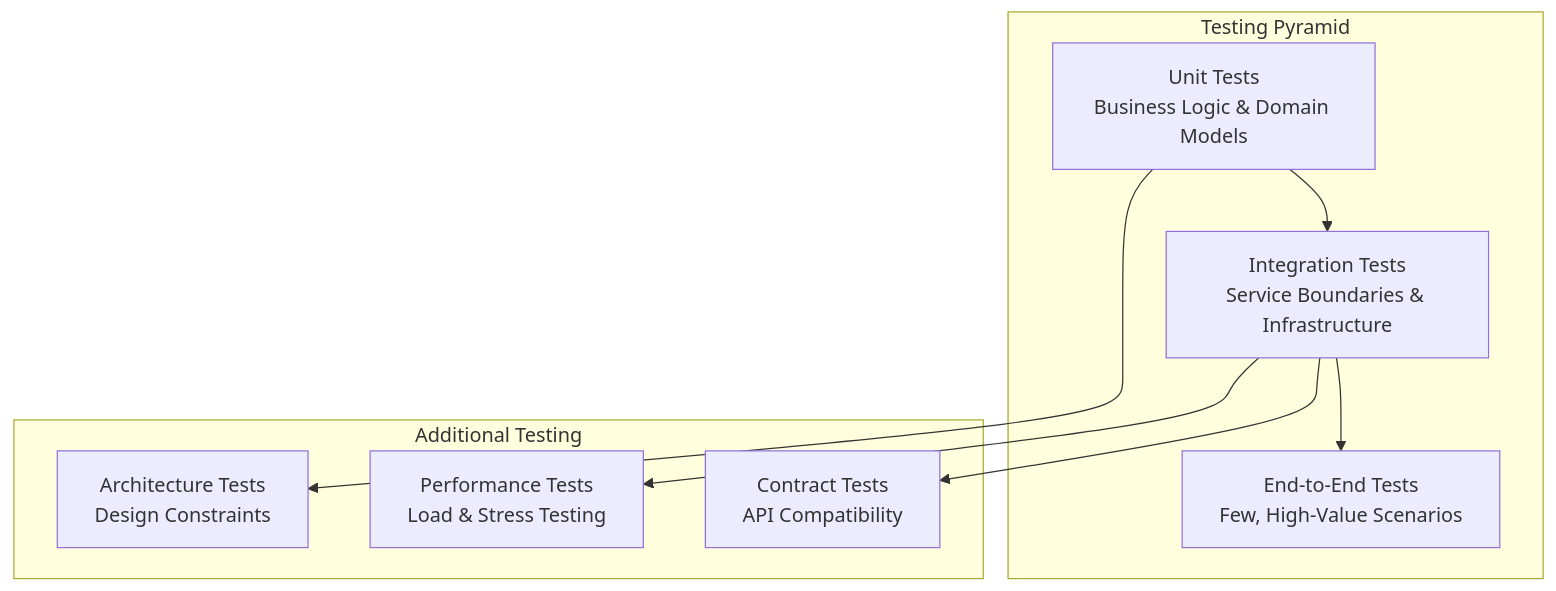
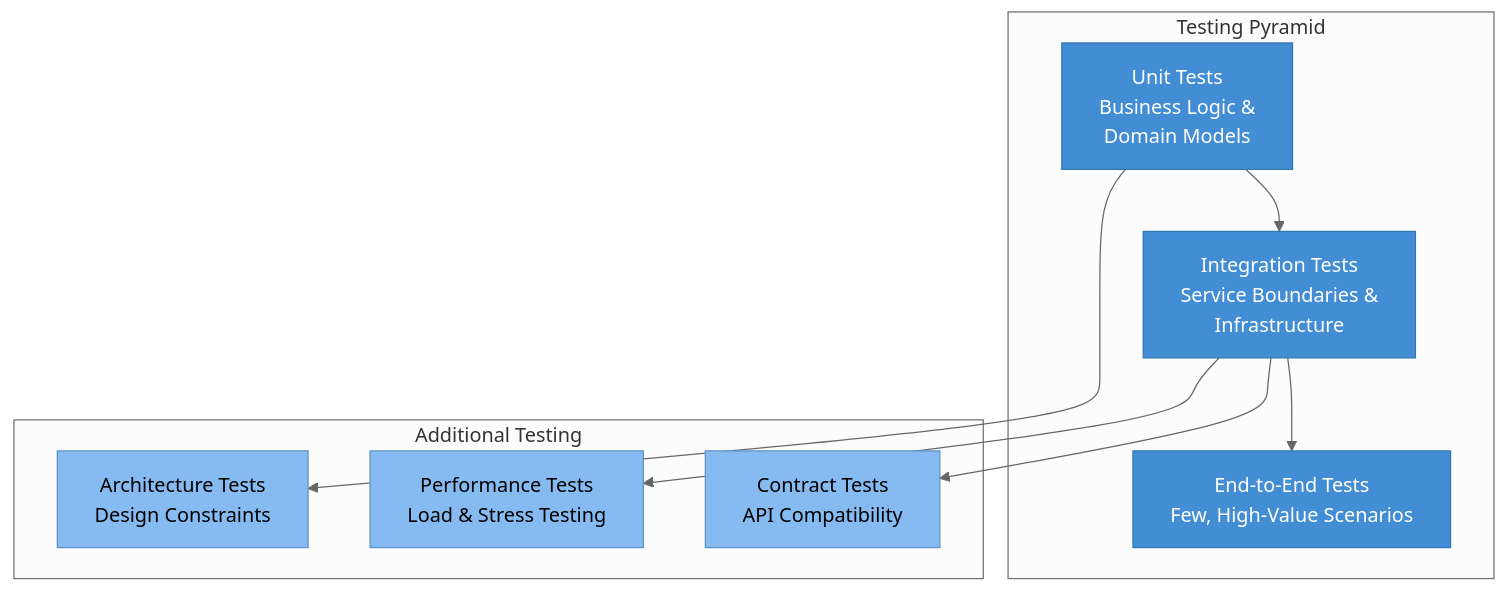
Before and after one commit to vgmello/momentum: the diagram in docs/arch/testing.md, drawn with Mermaid. The commit also changed other lines of this file and 6 other files, not shown here.

Commit message:
Update documentation and styles: change mermaid theme to default, adjust line-height for multi-line labels, and refine architecture diagrams with neutral theme

````diff
--- a/docs/arch/testing.md
+++ b/docs/arch/testing.md
@@ -13,20 +13,30 @@
 ```mermaid
+---
+config:
+  theme: neutral
+---
 graph TB
     subgraph "Testing Pyramid"
         E2E[End-to-End Tests<br/>Few, High-Value Scenarios]
-        Integration[Integration Tests<br/>Service Boundaries & Infrastructure]
-        Unit[Unit Tests<br/>Business Logic & Domain Models]
+        Integration[Integration Tests<br/>Service Boundaries &<br/>Infrastructure]
+        Unit[Unit Tests<br/>Business Logic &<br/>Domain Models]
     end
 
     subgraph "Additional Testing"
         Arch[Architecture Tests<br/>Design Constraints]
         Perf[Performance Tests<br/>Load & Stress Testing]
         Contract[Contract Tests<br/>API Compatibility]
     end
 
     Unit --> Integration
     Integration --> E2E
     Unit --> Arch
     Integration --> Perf
     Integration --> Contract
+
+    classDef container fill:#438dd5,stroke:#3079b0,color:#ffffff
+    classDef component fill:#85bbf0,stroke:#5b93c8,color:#000000
+
+    class Unit,Integration,E2E container
+    class Arch,Perf,Contract component
 ```
````
